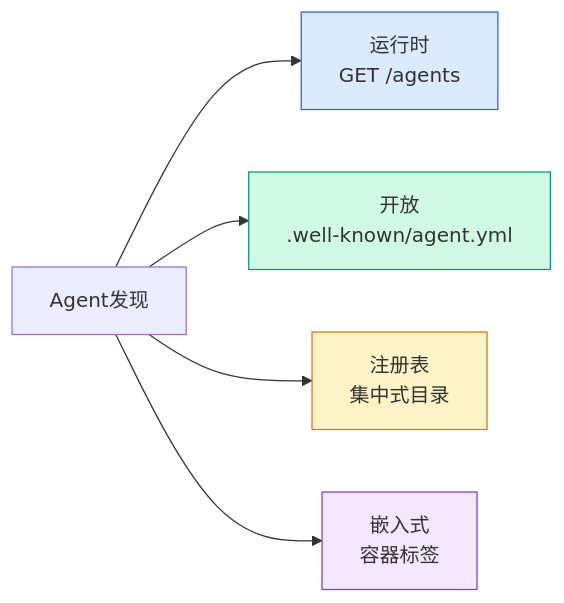
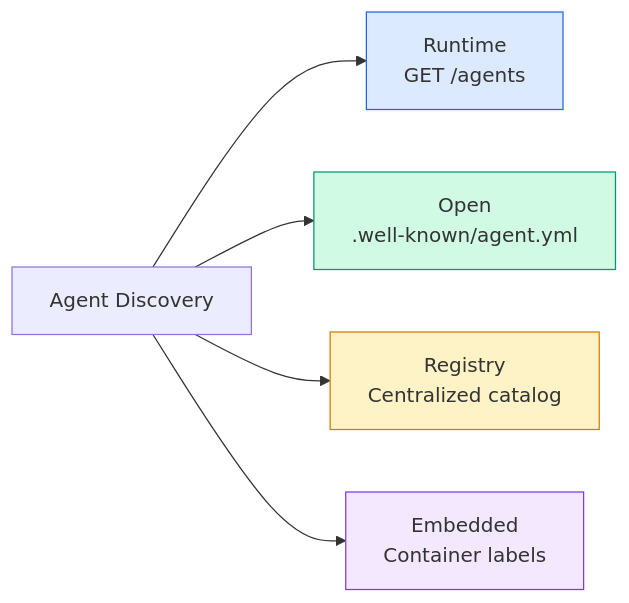
Before and after one commit to xiaojiaenen/ai-engineering-from-scratch-zh: the sixth of 13 diagrams in i18n/zh/phases/16-multi-agent-and-swarms/03-communication-protocols/docs/zh.md, drawn with Mermaid. The commit also changed other lines of this file and 25 other files, not shown here.

````diff
--- a/i18n/zh/phases/16-multi-agent-and-swarms/03-communication-protocols/docs/zh.md
+++ b/i18n/zh/phases/16-multi-agent-and-swarms/03-communication-protocols/docs/zh.md
@@ -310,12 +310,12 @@
 ```mermaid
 graph LR
-    A[Agent发现] --> B["运行时<br/>GET /agents"]
-    A --> C["开放<br/>.well-known/agent.yml"]
-    A --> D["注册表<br/>集中式目录"]
-    A --> E["嵌入式<br/>容器标签"]
+    A[Agent Discovery] --> B["Runtime<br/>GET /agents"]
+    A --> C["Open<br/>.well-known/agent.yml"]
+    A --> D["Registry<br/>Centralized catalog"]
+    A --> E["Embedded<br/>Container labels"]
 
     style B fill:#dbeafe,stroke:#2563eb
     style C fill:#d1fae5,stroke:#059669
     style D fill:#fef3c7,stroke:#d97706
     style E fill:#f3e8ff,stroke:#7c3aed
 ```
````
